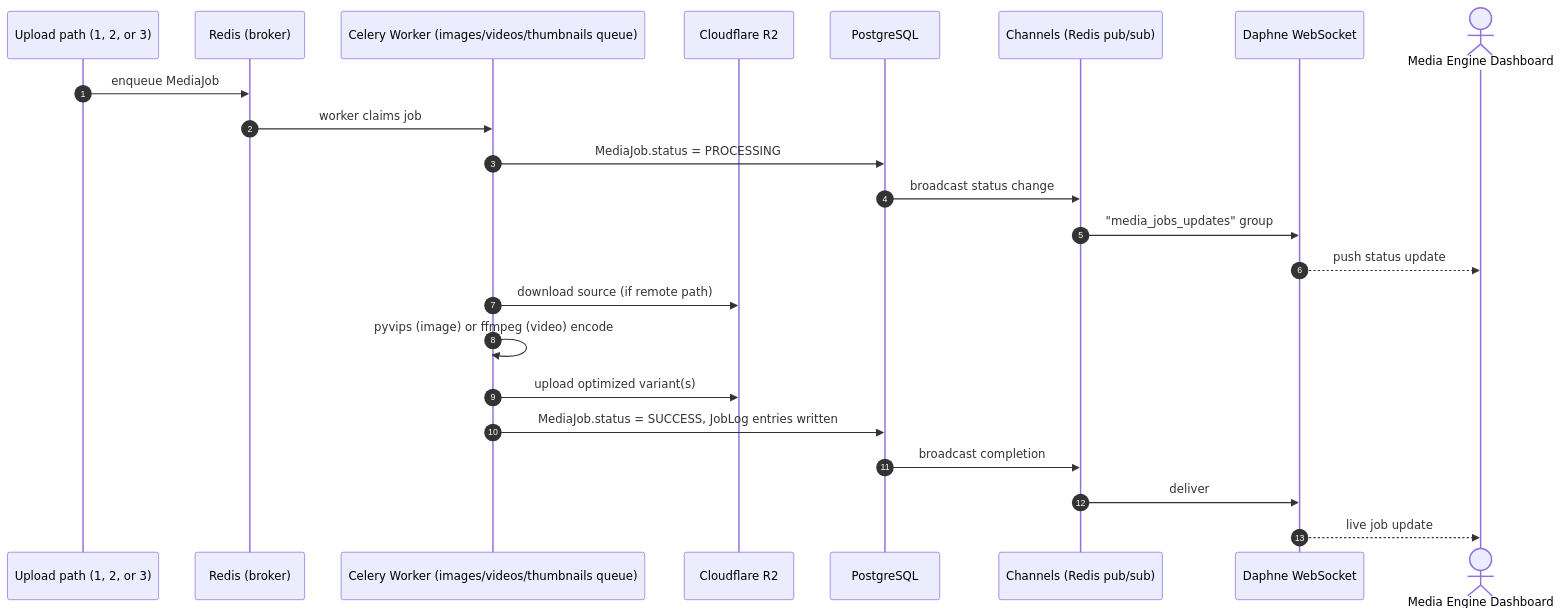
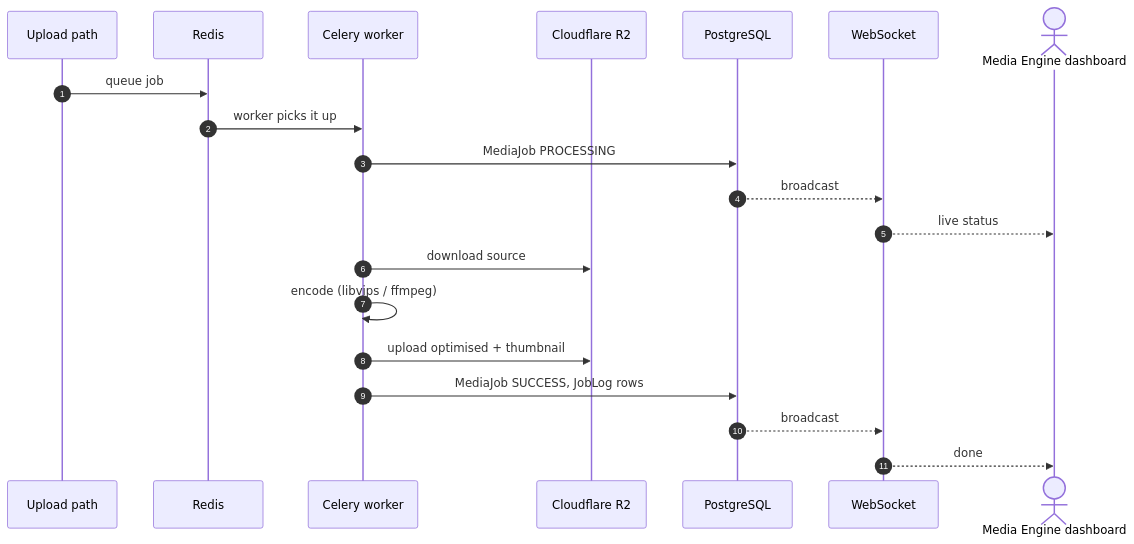
The third of 4 diagrams in src/docs/Media-Engine.md (ss-travingat/devportal), drawn with Mermaid before and after one commit. The commit also changed other lines of this file and 7 other files, not shown here.

````diff
--- a/src/docs/Media-Engine.md
+++ b/src/docs/Media-Engine.md
@@ -169,26 +152,23 @@
 ```mermaid
 sequenceDiagram
     autonumber
-    participant Trigger as Upload path (1, 2, or 3)
-    participant Redis as Redis (broker)
-    participant Worker as Celery Worker (images/videos/thumbnails queue)
+    participant Trigger as Upload path
+    participant Redis as Redis
+    participant Worker as Celery worker
     participant R2 as Cloudflare R2
     participant DB as PostgreSQL
-    participant Chan as Channels (Redis pub/sub)
-    participant WS as Daphne WebSocket
-    actor Dashboard as Media Engine Dashboard
+    participant WS as WebSocket
+    actor Dash as Media Engine dashboard
 
-    Trigger->>Redis: enqueue MediaJob
-    Redis->>Worker: worker claims job
-    Worker->>DB: MediaJob.status = PROCESSING
-    DB->>Chan: broadcast status change
-    Chan->>WS: "media_jobs_updates" group
-    WS-->>Dashboard: push status update
-    Worker->>R2: download source (if remote path)
-    Worker->>Worker: pyvips (image) or ffmpeg (video) encode
-    Worker->>R2: upload optimized variant(s)
-    Worker->>DB: MediaJob.status = SUCCESS, JobLog entries written
-    DB->>Chan: broadcast completion
-    Chan->>WS: deliver
-    WS-->>Dashboard: live job update
+    Trigger->>Redis: queue job
+    Redis->>Worker: worker picks it up
+    Worker->>DB: MediaJob PROCESSING
+    DB-->>WS: broadcast
+    WS-->>Dash: live status
+    Worker->>R2: download source
+    Worker->>Worker: encode (libvips / ffmpeg)
+    Worker->>R2: upload optimised + thumbnail
+    Worker->>DB: MediaJob SUCCESS, JobLog rows
+    DB-->>WS: broadcast
+    WS-->>Dash: done
 ```
````
